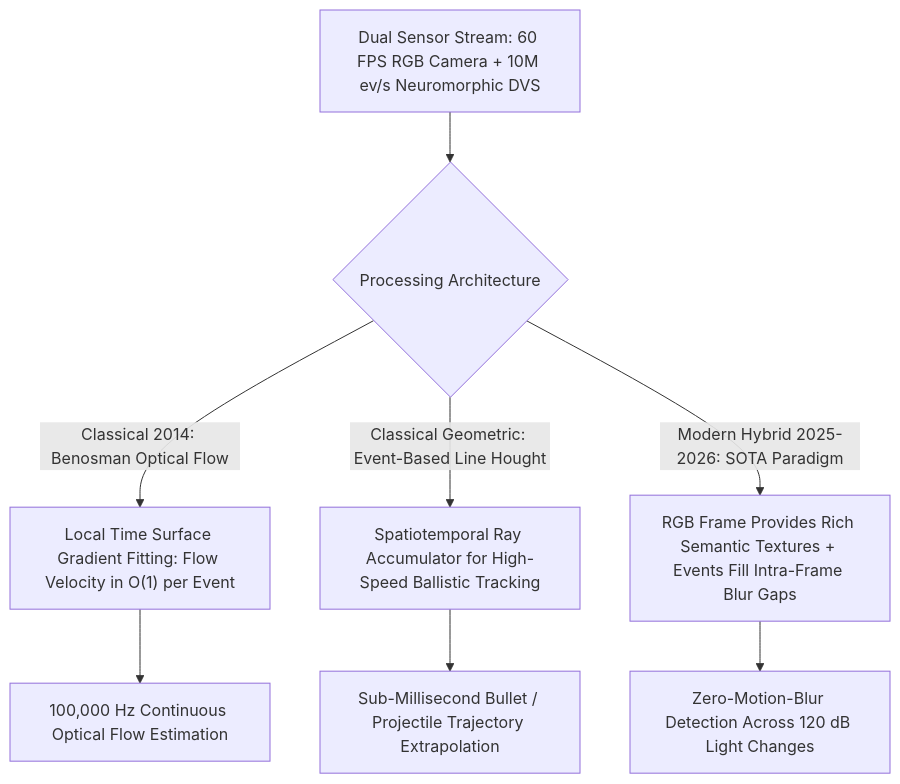
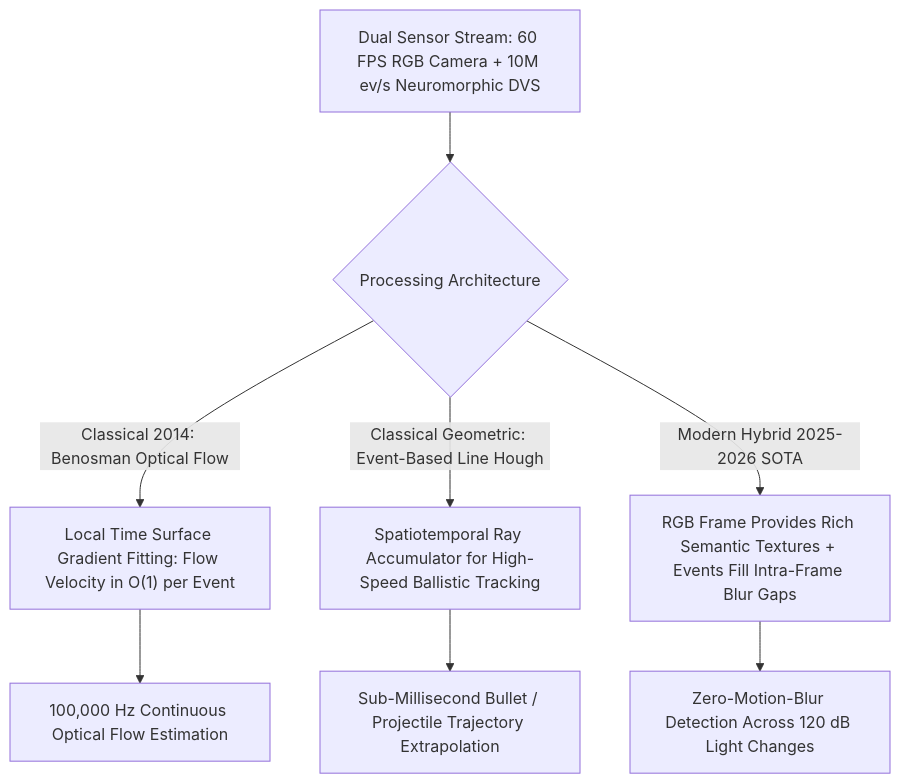
One commit to sergiomh499/cv-projects changed the diagram in topics/event-based-neuromorphic-vision/04-classical-and-hybrid-methods.md. Above: the diagram before and after it, drawn with Mermaid. The commit also changed other lines of this file and 51 other files, not shown here.

````diff
--- a/topics/event-based-neuromorphic-vision/04-classical-and-hybrid-methods.md
+++ b/topics/event-based-neuromorphic-vision/04-classical-and-hybrid-methods.md
@@ -27,11 +27,10 @@
 ```mermaid
 flowchart TD
     Sensors["Dual Sensor Stream: 60 FPS RGB Camera + 10M ev/s Neuromorphic DVS"] --> Branch{"Processing Architecture"}
-    Branch -->|Classical 2014: Benosman Optical Flow| Flow["Local Time Surface Gradient Fitting: Flow Velocity in O(1) per Event"]
-    Branch -->|Classical Geometric: Event-Based Line Hought| Line["Spatiotemporal Ray Accumulator for High-Speed Ballistic Tracking"]
-    Branch -->|Modern Hybrid 2025-2026: SOTA Paradigm| Hybrid["RGB Frame Provides Rich Semantic Textures + Events Fill Intra-Frame Blur Gaps"]
+    Branch -->|"Classical 2014: Benosman Optical Flow"| Flow["Local Time Surface Gradient Fitting: Flow Velocity in O(1) per Event"]
+    Branch -->|"Classical Geometric: Event-Based Line Hough"| Line["Spatiotemporal Ray Accumulator for High-Speed Ballistic Tracking"]
+    Branch -->|"Modern Hybrid 2025-2026 SOTA"| Hybrid["RGB Frame Provides Rich Semantic Textures + Events Fill Intra-Frame Blur Gaps"]
     Flow --> MicrosecondTracking["100,000 Hz Continuous Optical Flow Estimation"]
     Line --> HighSpeedInterception["Sub-Millisecond Bullet / Projectile Trajectory Extrapolation"]
     Hybrid --> HDRPerception["Zero-Motion-Blur Detection Across 120 dB Light Changes"]
-
 ```
````
